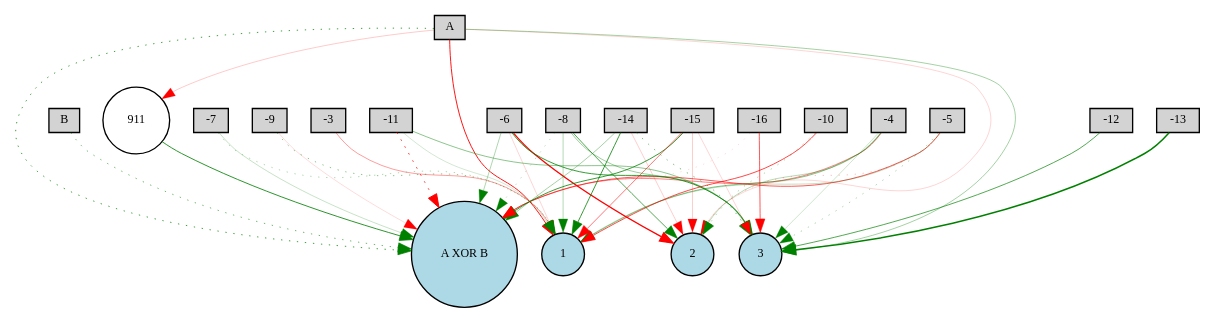
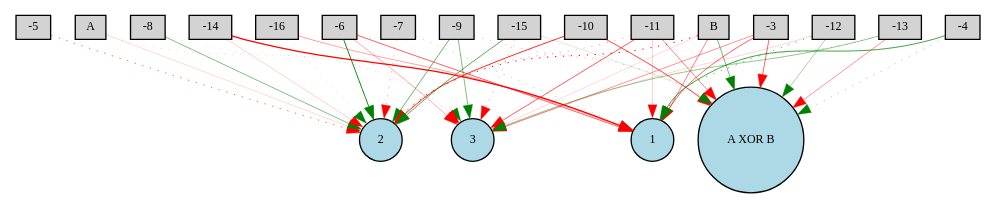
Before and after one commit to bmfelipe/2048AI: the diagram in Digraph.gv, drawn with Graphviz. The commit also changed 7 other files, not shown here.

```diff
--- a/Digraph.gv
+++ b/Digraph.gv
@@ -1,69 +1,66 @@
 digraph {
 	node [fontsize=9 height=0.2 shape=circle width=0.2]
 	A [fillcolor=lightgray shape=box style=filled]
 	B [fillcolor=lightgray shape=box style=filled]
 	-3 [fillcolor=lightgray shape=box style=filled]
 	-4 [fillcolor=lightgray shape=box style=filled]
 	-5 [fillcolor=lightgray shape=box style=filled]
 	-6 [fillcolor=lightgray shape=box style=filled]
 	-7 [fillcolor=lightgray shape=box style=filled]
 	-8 [fillcolor=lightgray shape=box style=filled]
 	-9 [fillcolor=lightgray shape=box style=filled]
 	-10 [fillcolor=lightgray shape=box style=filled]
 	-11 [fillcolor=lightgray shape=box style=filled]
 	-12 [fillcolor=lightgray shape=box style=filled]
 	-13 [fillcolor=lightgray shape=box style=filled]
 	-14 [fillcolor=lightgray shape=box style=filled]
 	-15 [fillcolor=lightgray shape=box style=filled]
 	-16 [fillcolor=lightgray shape=box style=filled]
 	"A XOR B" [fillcolor=lightblue style=filled]
 	1 [fillcolor=lightblue style=filled]
 	2 [fillcolor=lightblue style=filled]
 	3 [fillcolor=lightblue style=filled]
-	911 [fillcolor=white style=filled]
-	A -> "A XOR B" [color=green penwidth=0.5600184067013327 style=dotted]
-	A -> 1 [color=red penwidth=0.6845757705864121 style=solid]
-	A -> 2 [color=red penwidth=0.13442943121705694 style=solid]
-	A -> 3 [color=green penwidth=0.2669951406152234 style=solid]
-	B -> "A XOR B" [color=green penwidth=0.4309575836218762 style=dotted]
-	-3 -> 1 [color=red penwidth=0.2907991811710609 style=solid]
-	-4 -> "A XOR B" [color=red penwidth=0.3678359817319564 style=solid]
-	-4 -> 1 [color=green penwidth=0.3485736891835324 style=solid]
-	-4 -> 2 [color=green penwidth=0.21627875332178575 style=solid]
-	-4 -> 3 [color=green penwidth=0.14818829621412932 style=solid]
-	-5 -> "A XOR B" [color=red penwidth=0.4877603300745458 style=solid]
-	-5 -> 1 [color=green penwidth=0.18776105682190897 style=solid]
-	-5 -> 2 [color=red penwidth=0.19291257500593276 style=dotted]
-	-6 -> "A XOR B" [color=green penwidth=0.23636164326955594 style=solid]
-	-6 -> 1 [color=red penwidth=0.12730406973820846 style=solid]
-	-6 -> 2 [color=red penwidth=0.9395143783618761 style=solid]
-	-6 -> 3 [color=green penwidth=0.5893419143484502 style=solid]
-	-7 -> "A XOR B" [color=green penwidth=0.16927538235712672 style=solid]
-	-7 -> 1 [color=green penwidth=0.23907130885508465 style=dotted]
-	-8 -> "A XOR B" [color=green penwidth=0.2085513840145949 style=dotted]
-	-8 -> 1 [color=green penwidth=0.2295602087888146 style=solid]
-	-8 -> 2 [color=green penwidth=0.5066858149915723 style=solid]
-	-8 -> 3 [color=green penwidth=0.2886518231299029 style=solid]
-	-9 -> "A XOR B" [color=red penwidth=0.11348675017840479 style=solid]
-	-9 -> 1 [color=green penwidth=0.3542625667260779 style=dotted]
-	-10 -> 1 [color=red penwidth=0.538099437281877 style=solid]
-	-10 -> 2 [color=green penwidth=0.25828354443124635 style=dotted]
-	-11 -> "A XOR B" [color=red penwidth=0.73877529723222 style=dotted]
-	-11 -> 1 [color=green penwidth=0.14139663004311415 style=solid]
-	-11 -> 3 [color=green penwidth=0.33554167965847936 style=solid]
-	-12 -> 3 [color=green penwidth=0.508719468302746 style=solid]
-	-13 -> 3 [color=green penwidth=1.1067017308758544 style=solid]
-	-14 -> "A XOR B" [color=green penwidth=0.2686374128667103 style=solid]
-	-14 -> 1 [color=green penwidth=0.5894123792145234 style=solid]
-	-14 -> 2 [color=red penwidth=0.15217454121345522 style=solid]
-	-14 -> 3 [color=green penwidth=0.4053926539165653 style=dotted]
-	-15 -> "A XOR B" [color=green penwidth=0.5919843684158843 style=solid]
-	-15 -> 1 [color=red penwidth=0.4138547720703982 style=solid]
-	-15 -> 2 [color=red penwidth=0.1611153050667804 style=solid]
-	-15 -> 3 [color=red penwidth=0.13489488258105747 style=solid]
-	-16 -> "A XOR B" [color=red penwidth=0.10575163589531157 style=dotted]
-	-16 -> 3 [color=red penwidth=0.4850440161368882 style=solid]
-	-5 -> 3 [color=green penwidth=0.25864392506632106 style=dotted]
-	A -> 911 [color=red penwidth=0.15825000190878535 style=solid]
-	911 -> "A XOR B" [color=green penwidth=0.6197161742587072 style=solid]
+	A -> 2 [color=red penwidth=0.12114809085517744 style=solid]
+	A -> 3 [color=red penwidth=0.1261785295112017 style=dotted]
+	B -> "A XOR B" [color=green penwidth=0.4097341184600497 style=solid]
+	B -> 1 [color=red penwidth=0.37964900718298655 style=solid]
+	B -> 2 [color=red penwidth=0.7399117020101688 style=dotted]
+	B -> 3 [color=red penwidth=0.1188917418109698 style=solid]
+	-3 -> "A XOR B" [color=red penwidth=0.458542459037269 style=solid]
+	-3 -> 1 [color=red penwidth=0.4848260762033041 style=solid]
+	-3 -> 3 [color=red penwidth=0.33468730704104954 style=solid]
+	-4 -> "A XOR B" [color=green penwidth=0.26139780343263735 style=dotted]
+	-4 -> 1 [color=green penwidth=0.5521479653692788 style=solid]
+	-5 -> 2 [color=red penwidth=0.4558672189693479 style=dotted]
+	-6 -> 1 [color=red penwidth=0.4651808924851678 style=solid]
+	-6 -> 2 [color=green penwidth=0.6914625805248787 style=solid]
+	-6 -> 3 [color=red penwidth=0.2634204646860508 style=solid]
+	-7 -> 1 [color=green penwidth=0.21535577579819037 style=dotted]
+	-7 -> 2 [color=red penwidth=0.2270787848149072 style=dotted]
+	-7 -> 3 [color=green penwidth=0.10676240361803506 style=dotted]
+	-8 -> 2 [color=green penwidth=0.37535389375989037 style=solid]
+	-8 -> 3 [color=red penwidth=0.10681137570307196 style=dotted]
+	-9 -> "A XOR B" [color=red penwidth=0.2007182179719596 style=dotted]
+	-9 -> 2 [color=green penwidth=0.45136079614026126 style=solid]
+	-9 -> 3 [color=green penwidth=0.38071533094423937 style=solid]
+	-10 -> "A XOR B" [color=red penwidth=0.5451988902134369 style=solid]
+	-10 -> 2 [color=red penwidth=0.6395134072833997 style=solid]
+	-11 -> "A XOR B" [color=red penwidth=0.3799655958348599 style=solid]
+	-11 -> 1 [color=red penwidth=0.15013099683401618 style=solid]
+	-11 -> 2 [color=red penwidth=0.24881785887328303 style=dotted]
+	-11 -> 3 [color=red penwidth=0.48725716804462227 style=solid]
+	-12 -> "A XOR B" [color=green penwidth=0.2671129292785249 style=solid]
+	-12 -> 1 [color=green penwidth=0.43797179262131847 style=dotted]
+	-12 -> 3 [color=red penwidth=0.13411239884272957 style=solid]
+	-13 -> "A XOR B" [color=red penwidth=0.32807450821184303 style=solid]
+	-13 -> 1 [color=green penwidth=0.1831445202882372 style=dotted]
+	-13 -> 3 [color=green penwidth=0.3310496255582203 style=solid]
+	-14 -> 1 [color=red penwidth=0.9544208000670986 style=solid]
+	-14 -> 2 [color=red penwidth=0.13564775718899091 style=solid]
+	-15 -> "A XOR B" [color=green penwidth=0.10678876404844628 style=solid]
+	-15 -> 2 [color=green penwidth=0.49378337885244017 style=solid]
+	-15 -> 3 [color=red penwidth=0.2504947684469283 style=dotted]
+	-16 -> 1 [color=red penwidth=0.26613565522985405 style=solid]
+	-16 -> 2 [color=green penwidth=0.12520759665169867 style=dotted]
+	-16 -> 3 [color=red penwidth=0.10434633296311296 style=dotted]
 }
```
